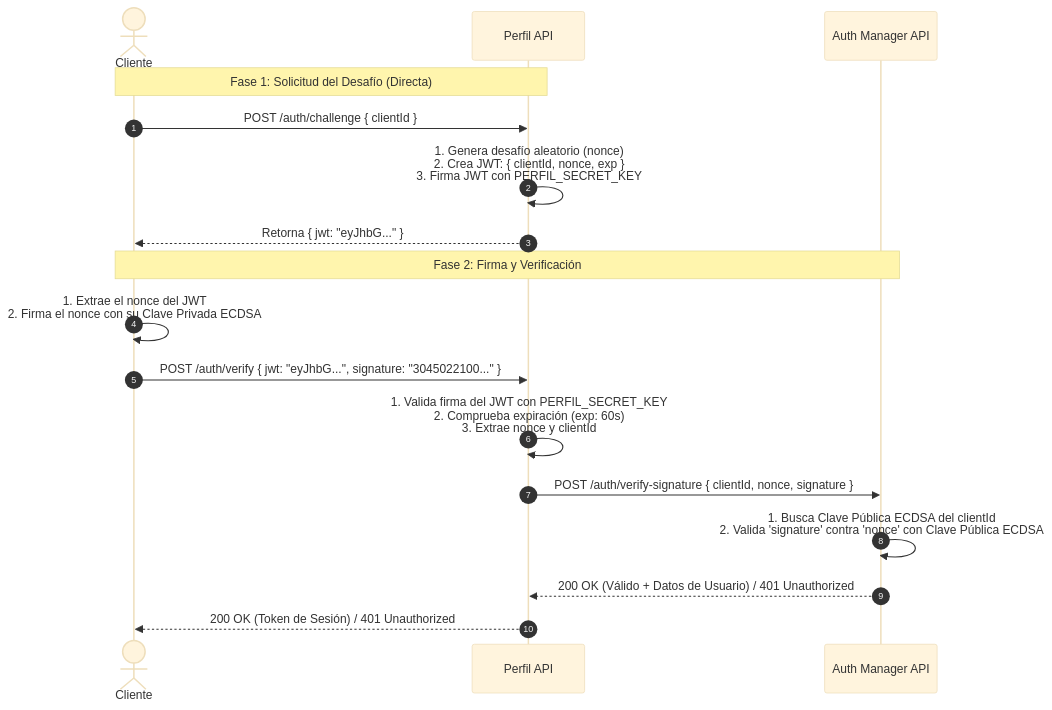
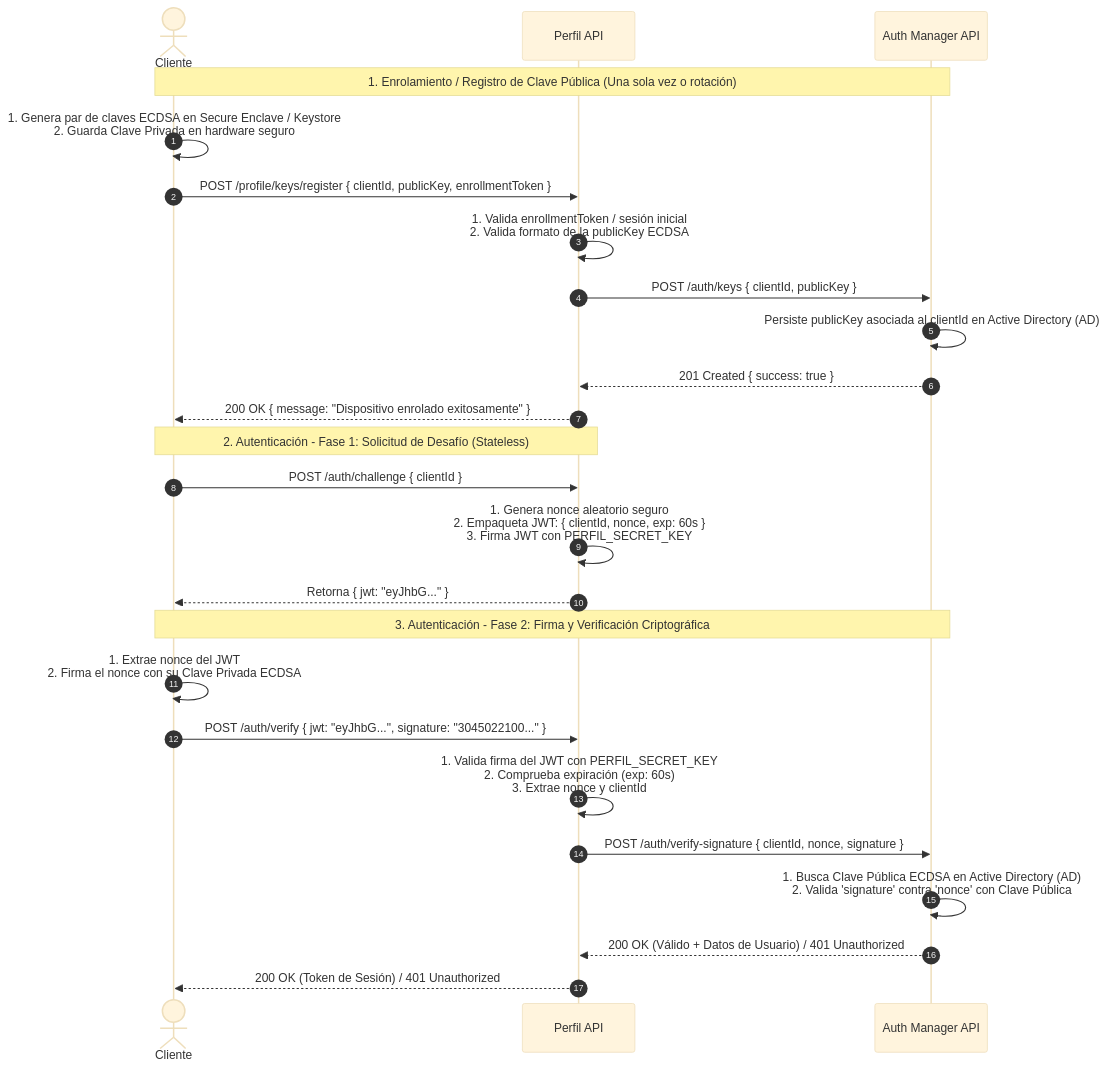
One commit to masch/myself changed the diagram in README.md. Above: the diagram before and after it, drawn with Mermaid (base theme). The commit also changed other lines of this file and 2 other files, not shown here.

Commit message:
feat: implement custom alarm sounds and refine ECDSA authentication documentation and flow

````diff
--- a/README.md
+++ b/README.md
@@ -54,21 +54,30 @@
 ```mermaid
 sequenceDiagram
     autonumber
     actor Cliente
     participant PerfilAPI as Perfil API
     participant AuthManager as Auth Manager API
 
-    Note over Cliente, PerfilAPI: Fase 1: Solicitud del Desafío (Directa)
+    Note over Cliente, AuthManager: 1. Enrolamiento / Registro de Clave Pública (Una sola vez o rotación)
+    Cliente->>Cliente: 1. Genera par de claves ECDSA en Secure Enclave / Keystore<br/>2. Guarda Clave Privada en hardware seguro
+    Cliente->>PerfilAPI: POST /profile/keys/register { clientId, publicKey, enrollmentToken }
+    PerfilAPI->>PerfilAPI: 1. Valida enrollmentToken / sesión inicial<br/>2. Valida formato de la publicKey ECDSA
+    PerfilAPI->>AuthManager: POST /auth/keys { clientId, publicKey }
+    AuthManager->>AuthManager: Persiste publicKey asociada al clientId en Active Directory (AD)
+    AuthManager-->>PerfilAPI: 201 Created { success: true }
+    PerfilAPI-->>Cliente: 200 OK { message: "Dispositivo enrolado exitosamente" }
+
+    Note over Cliente, PerfilAPI: 2. Autenticación - Fase 1: Solicitud de Desafío (Stateless)
     Cliente->>PerfilAPI: POST /auth/challenge { clientId }
-    PerfilAPI->>PerfilAPI: 1. Genera desafío aleatorio (nonce)<br/>2. Crea JWT: { clientId, nonce, exp }<br/>3. Firma JWT con PERFIL_SECRET_KEY
+    PerfilAPI->>PerfilAPI: 1. Genera nonce aleatorio seguro<br/>2. Empaqueta JWT: { clientId, nonce, exp: 60s }<br/>3. Firma JWT con PERFIL_SECRET_KEY
     PerfilAPI-->>Cliente: Retorna { jwt: "eyJhbG..." }
 
-    Note over Cliente, AuthManager: Fase 2: Firma y Verificación
-    Cliente->>Cliente: 1. Extrae el nonce del JWT<br/>2. Firma el nonce con su Clave Privada ECDSA
+    Note over Cliente, AuthManager: 3. Autenticación - Fase 2: Firma y Verificación Criptográfica
+    Cliente->>Cliente: 1. Extrae nonce del JWT<br/>2. Firma el nonce con su Clave Privada ECDSA
     Cliente->>PerfilAPI: POST /auth/verify { jwt: "eyJhbG...", signature: "3045022100..." }
     PerfilAPI->>PerfilAPI: 1. Valida firma del JWT con PERFIL_SECRET_KEY<br/>2. Comprueba expiración (exp: 60s)<br/>3. Extrae nonce y clientId
     PerfilAPI->>AuthManager: POST /auth/verify-signature { clientId, nonce, signature }
-    AuthManager->>AuthManager: 1. Busca Clave Pública ECDSA del clientId<br/>2. Valida 'signature' contra 'nonce' con Clave Pública ECDSA
+    AuthManager->>AuthManager: 1. Busca Clave Pública ECDSA en Active Directory (AD)<br/>2. Valida 'signature' contra 'nonce' con Clave Pública
     AuthManager-->>PerfilAPI: 200 OK (Válido + Datos de Usuario) / 401 Unauthorized
     PerfilAPI-->>Cliente: 200 OK (Token de Sesión) / 401 Unauthorized
 ```
````
